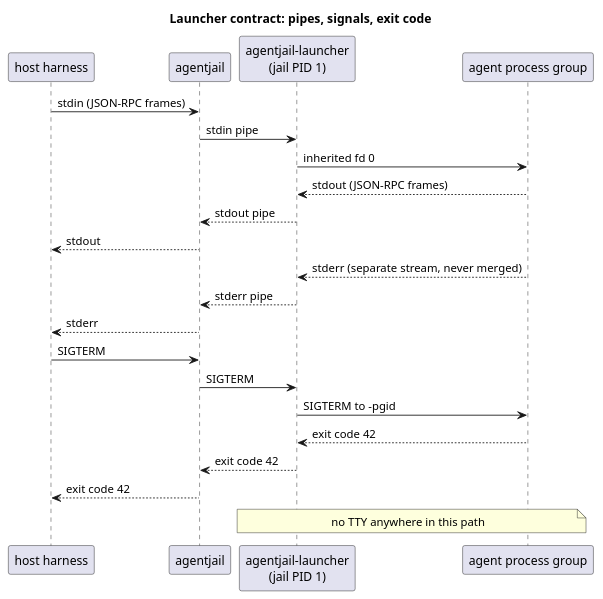
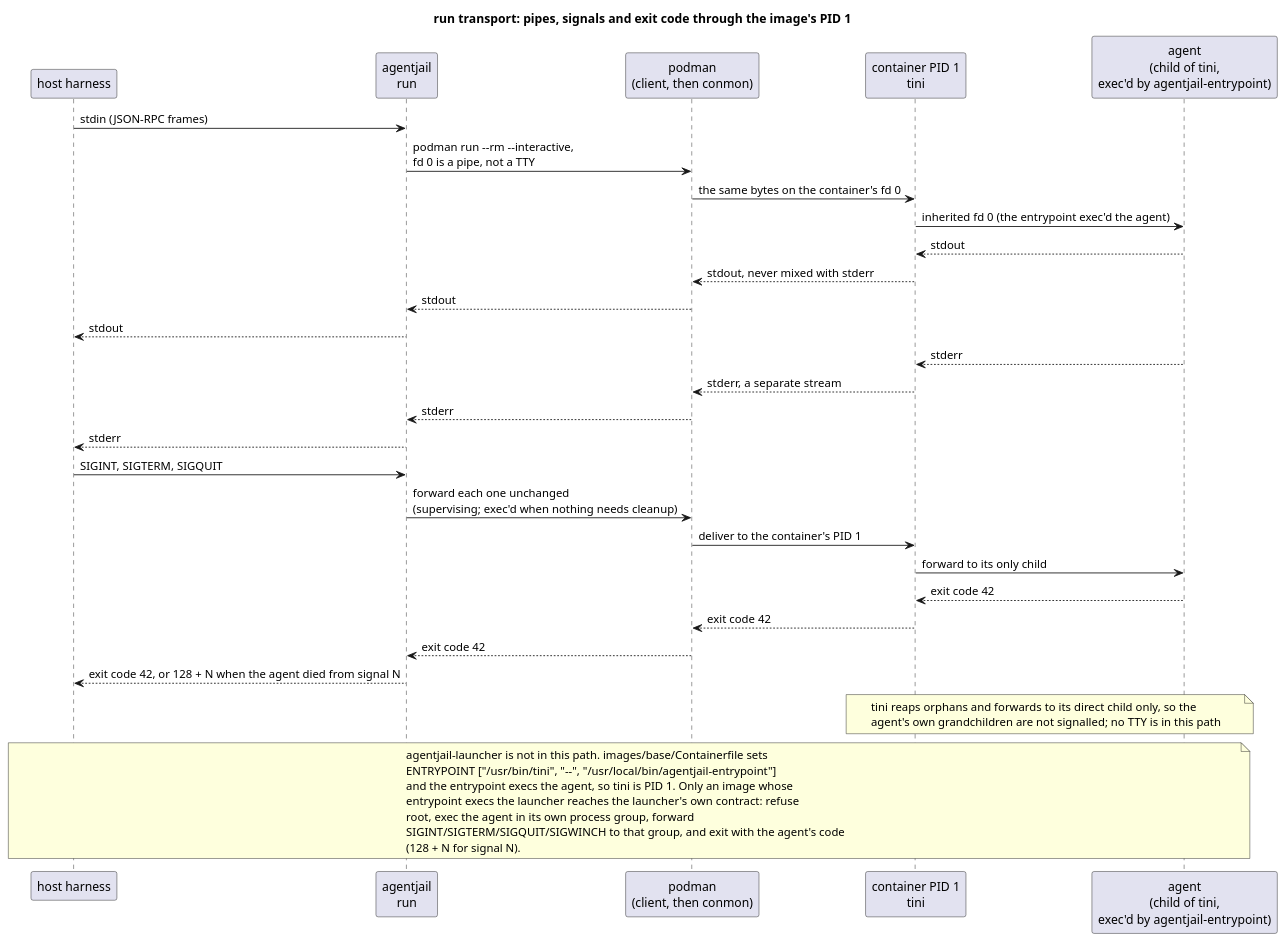
One commit to Breinich/agentjail changed the diagram in docs/diagrams/launcher-sequence.puml. Above: the diagram before and after it, drawn with PlantUML. The commit also changed 11 other files, not shown here.

First line of the commit message:
diagrams: correct UML, and the facts the symbols asserted

```diff
--- a/docs/diagrams/launcher-sequence.puml
+++ b/docs/diagrams/launcher-sequence.puml
@@ -1,27 +1,46 @@
 @startuml launcher-sequence
-' UML sequence diagram: the launcher transport contract.
-' Source of record for docs/diagrams/launcher-sequence.svg. Do not edit the SVG.
-title Launcher contract: pipes, signals, exit code
+' UML sequence diagram only: participants, lifelines, messages and notes, and
+' no other diagram or UML element type. The subject is the transport contract
+' `run` actually gets: the base image's PID 1 chain, not the launcher.
+' Source of record for docs/diagrams/launcher-sequence.svg. Do not edit the SVG:
+' render it with the pinned PlantUML image (docs/adopting.md).
+' &#45;&#45; is a literal "--": PlantUML reads --text-- as strikeout.
+title run transport: pipes, signals and exit code through the image's PID 1
 
 participant "host harness" as H
-participant "agentjail" as C
-participant "agentjail-launcher\n(jail PID 1)" as L
-participant "agent process group" as A
+participant "agentjail\nrun" as C
+participant "podman\n(client, then conmon)" as P
+participant "container PID 1\ntini" as T
+participant "agent\n(child of tini,\nexec'd by agentjail-entrypoint)" as A
 
 H -> C : stdin (JSON-RPC frames)
-C -> L : stdin pipe
-L -> A : inherited fd 0
-A --> L : stdout (JSON-RPC frames)
-L --> C : stdout pipe
+C -> P : podman run &#45;&#45;rm &#45;&#45;interactive,\nfd 0 is a pipe, not a TTY
+P -> T : the same bytes on the container's fd 0
+T -> A : inherited fd 0 (the entrypoint exec'd the agent)
+A --> T : stdout
+T --> P : stdout, never mixed with stderr
+P --> C : stdout
 C --> H : stdout
-A --> L : stderr (separate stream, never merged)
-L --> C : stderr pipe
+A --> T : stderr
+T --> P : stderr, a separate stream
+P --> C : stderr
 C --> H : stderr
-H -> C : SIGTERM
-C -> L : SIGTERM
-L -> A : SIGTERM to -pgid
-A --> L : exit code 42
-L --> C : exit code 42
-C --> H : exit code 42
-note over L, A : no TTY anywhere in this path
+H -> C : SIGINT, SIGTERM, SIGQUIT
+C -> P : forward each one unchanged\n(supervising; exec'd when nothing needs cleanup)
+P -> T : deliver to the container's PID 1
+T -> A : forward to its only child
+A --> T : exit code 42
+T --> P : exit code 42
+P --> C : exit code 42
+C --> H : exit code 42, or 128 + N when the agent died from signal N
+note over T, A : tini reaps orphans and forwards to its direct child only, so the\nagent's own grandchildren are not signalled; no TTY is in this path
+note over H, A
+  agentjail-launcher is not in this path. images/base/Containerfile sets
+  ENTRYPOINT ["/usr/bin/tini", "&#45;&#45;", "/usr/local/bin/agentjail-entrypoint"]
+  and the entrypoint execs the agent, so tini is PID 1. Only an image whose
+  entrypoint execs the launcher reaches the launcher's own contract: refuse
+  root, exec the agent in its own process group, forward
+  SIGINT/SIGTERM/SIGQUIT/SIGWINCH to that group, and exit with the agent's code
+  (128 + N for signal N).
+end note
 @enduml
```
